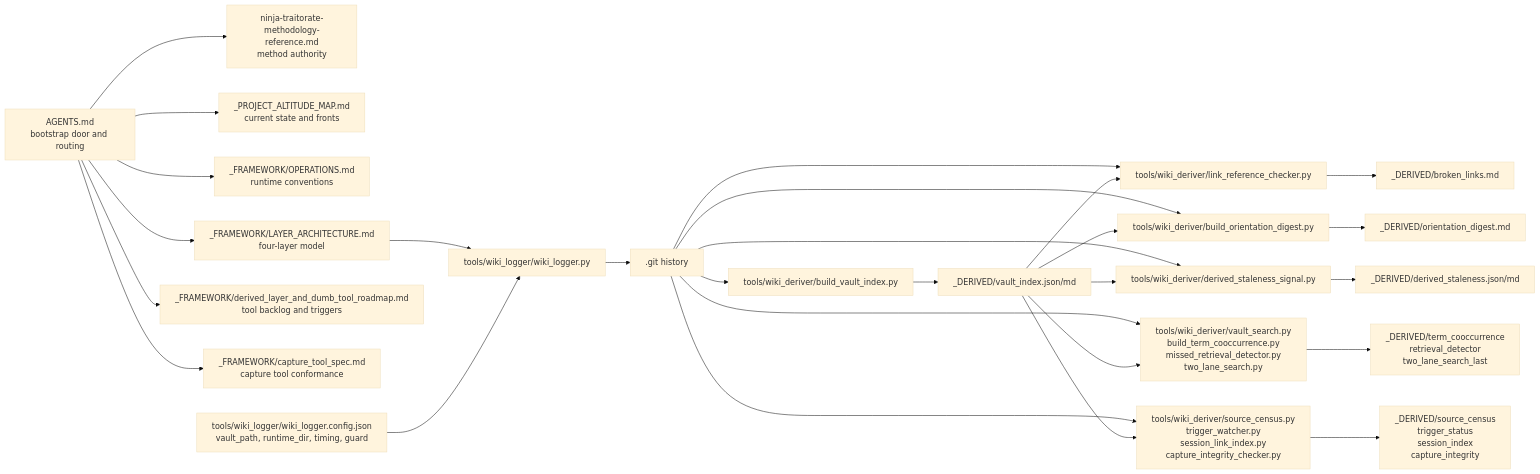
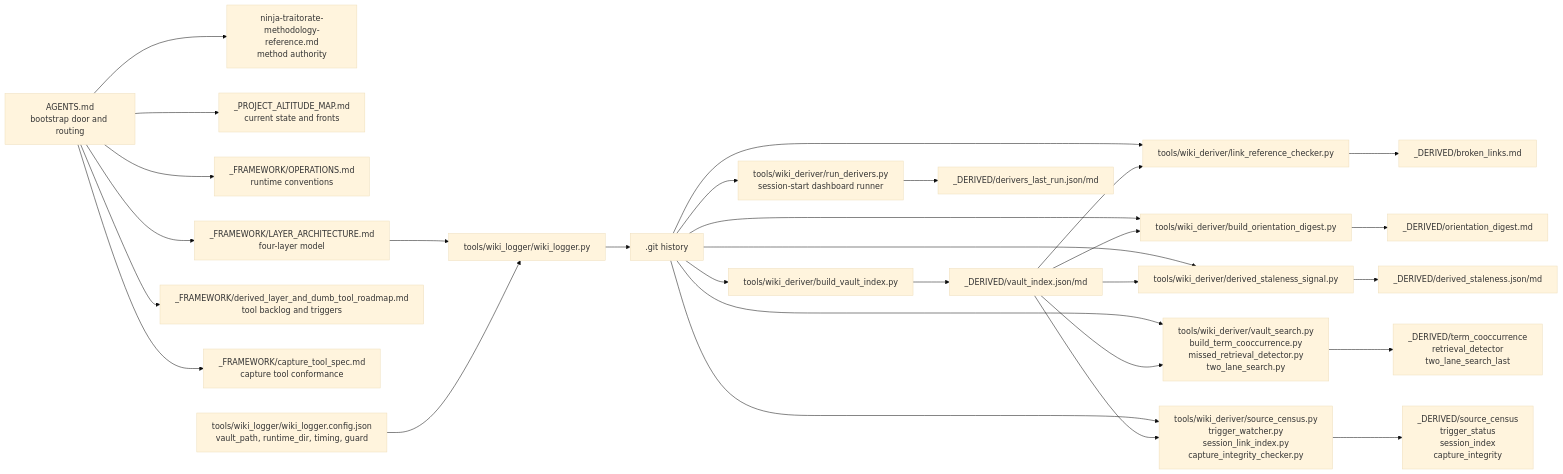
The second of 2 diagrams in _FRAMEWORK/wiki_architecture_flow.md (Wiki-Mediators/wiki-mediators-mgmt), drawn with Mermaid (base theme) before and after one commit. The commit also changed other lines of this file and 2 other files, not shown here.

````diff
--- a/_FRAMEWORK/wiki_architecture_flow.md
+++ b/_FRAMEWORK/wiki_architecture_flow.md
@@ -53,33 +53,35 @@
 ```mermaid
 flowchart LR
     AG["AGENTS.md<br/>bootstrap door and routing"] --> METH["ninja-traitorate-methodology-reference.md<br/>method authority"]
     AG --> ALT["_PROJECT_ALTITUDE_MAP.md<br/>current state and fronts"]
     AG --> OPS["_FRAMEWORK/OPERATIONS.md<br/>runtime conventions"]
     AG --> ARCH["_FRAMEWORK/LAYER_ARCHITECTURE.md<br/>four-layer model"]
     AG --> ROAD["_FRAMEWORK/derived_layer_and_dumb_tool_roadmap.md<br/>tool backlog and triggers"]
     AG --> CAP["_FRAMEWORK/capture_tool_spec.md<br/>capture tool conformance"]
 
     ARCH --> LOG["tools/wiki_logger/wiki_logger.py"]
     LOGCFG["tools/wiki_logger/wiki_logger.config.json<br/>vault_path, runtime_dir, timing, guard"] --> LOG
     LOG --> GIT[".git history"]
 
     GIT --> IDX["tools/wiki_deriver/build_vault_index.py"]
     GIT --> LINK["tools/wiki_deriver/link_reference_checker.py"]
     GIT --> DIG["tools/wiki_deriver/build_orientation_digest.py"]
     GIT --> STALE["tools/wiki_deriver/derived_staleness_signal.py"]
     GIT --> RET["tools/wiki_deriver/vault_search.py<br/>build_term_cooccurrence.py<br/>missed_retrieval_detector.py<br/>two_lane_search.py"]
     GIT --> GOV["tools/wiki_deriver/source_census.py<br/>trigger_watcher.py<br/>session_link_index.py<br/>capture_integrity_checker.py"]
+    GIT --> RUN["tools/wiki_deriver/run_derivers.py<br/>session-start dashboard runner"]
 
     IDX --> VI["_DERIVED/vault_index.json/md"]
     LINK --> BL["_DERIVED/broken_links.md"]
     DIG --> OD["_DERIVED/orientation_digest.md"]
     STALE --> DS["_DERIVED/derived_staleness.json/md"]
     RET --> RS["_DERIVED/term_cooccurrence<br/>retrieval_detector<br/>two_lane_search_last"]
     GOV --> GS["_DERIVED/source_census<br/>trigger_status<br/>session_index<br/>capture_integrity"]
+    RUN --> DR["_DERIVED/derivers_last_run.json/md"]
 
     VI --> LINK
     VI --> DIG
     VI --> STALE
     VI --> RET
     VI --> GOV
 ```
````
